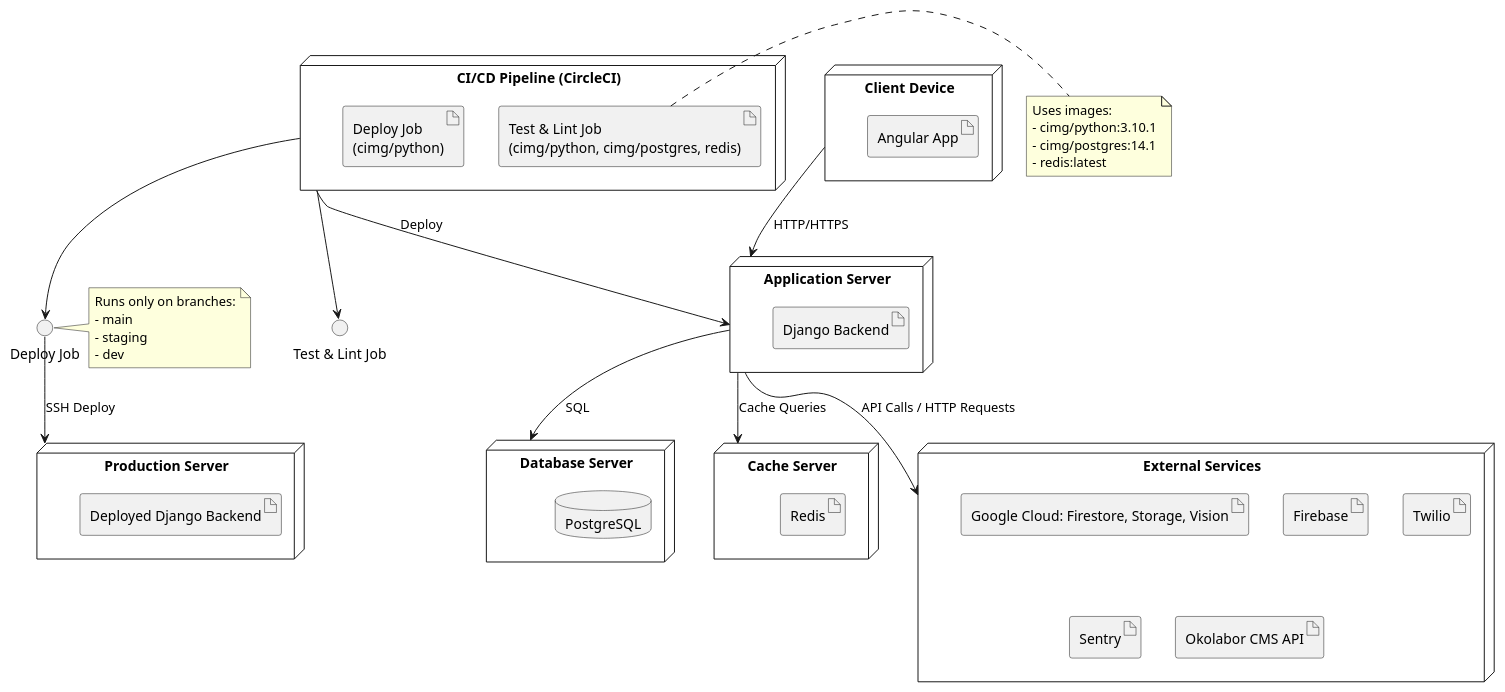
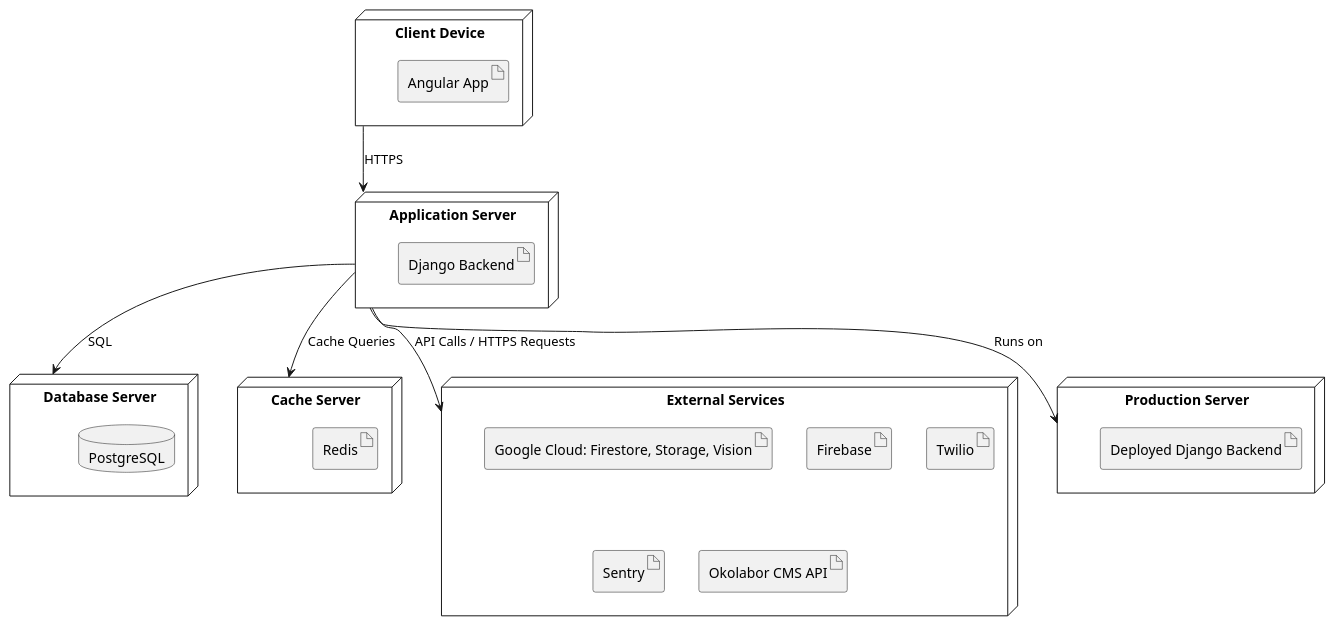
One commit to estherauma/okolabor changed the diagram in docs/deployment.puml. Above: the diagram before and after it, drawn with PlantUML.

Commit message:
Remove the CI/CD connection

```diff
--- a/docs/deployment.puml
+++ b/docs/deployment.puml
@@ -1,64 +1,40 @@
 @startuml
 ' Nodes / Servers
 node "Client Device" {
     artifact "Angular App"
 }
 
 node "Application Server" {
     artifact "Django Backend"
 }
 
 node "Database Server" {
     database "PostgreSQL"
 }
 
 node "Cache Server" {
     artifact "Redis"
 }
 
 node "External Services" {
     artifact "Google Cloud: Firestore, Storage, Vision"
     artifact "Firebase"
     artifact "Twilio"
     artifact "Sentry"
     artifact "Okolabor CMS API"
 }
 
-node "CI/CD Pipeline (CircleCI)" {
-    artifact "Test & Lint Job\n(cimg/python, cimg/postgres, redis)"
-    artifact "Deploy Job\n(cimg/python)"
-}
-
 node "Production Server" {
     artifact "Deployed Django Backend"
 }
 
 ' Connections
-"Client Device" --> "Application Server" : HTTP/HTTPS
+"Client Device" --> "Application Server" : HTTPS
 "Application Server" --> "Database Server" : SQL
 "Application Server" --> "Cache Server" : Cache Queries
-"Application Server" --> "External Services" : API Calls / HTTP Requests
+"Application Server" --> "External Services" : API Calls / HTTPS Requests
 
-' CI/CD connections
-"CI/CD Pipeline (CircleCI)" --> "Application Server" : Deploy
-"CI/CD Pipeline (CircleCI)" --> "Test & Lint Job" 
-"CI/CD Pipeline (CircleCI)" --> "Deploy Job"
-
-
-"Deploy Job" --> "Production Server" : SSH Deploy
-
-note right of "Deploy Job"
-  Runs only on branches:
-  - main
-  - staging
-  - dev
-end note
-
-note right of "Test & Lint Job\n(cimg/python, cimg/postgres, redis)"
-  Uses images:
-  - cimg/python:3.10.1
-  - cimg/postgres:14.1
-  - redis:latest
-end note
+' Deployment relation
+"Application Server" --> "Production Server" : Runs on
 
 @enduml
```
